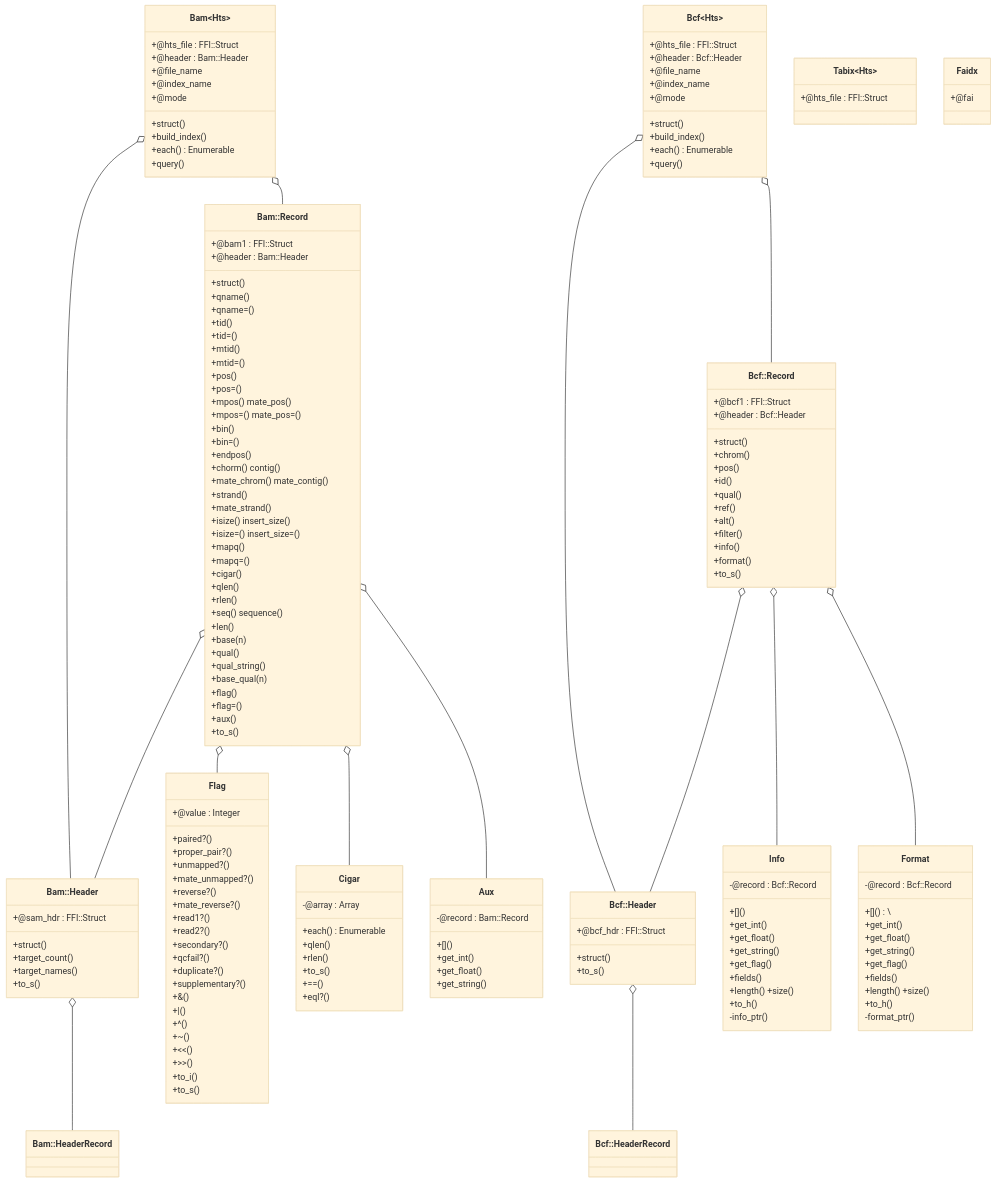
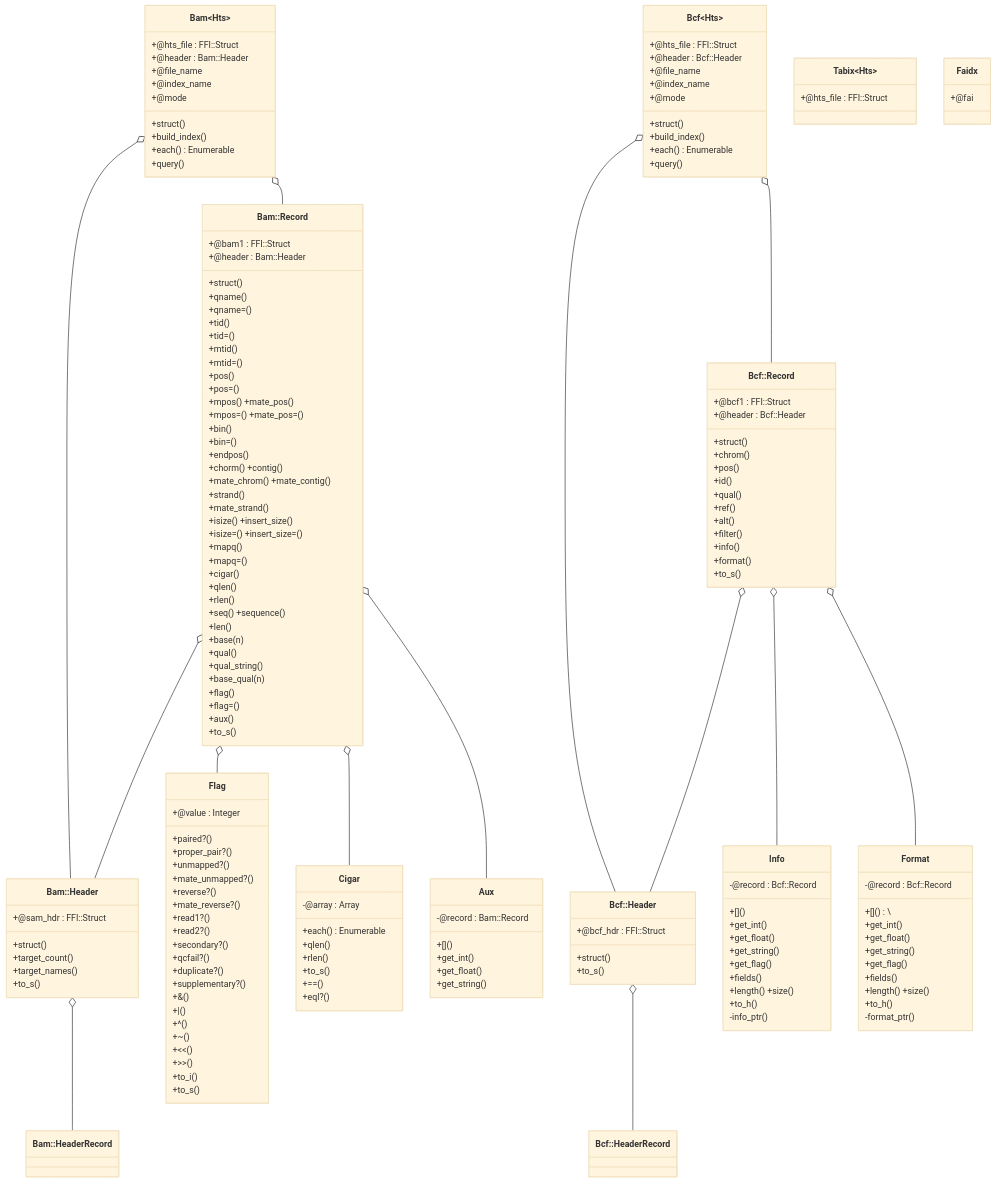
Before and after one commit to kojix2/ruby-htslib: the diagram in TUTORIAL.md, drawn with Mermaid.

```diff
--- a/TUTORIAL.md
+++ b/TUTORIAL.md
@@ -60,23 +60,23 @@
   +mtid=()
   +pos()
   +pos=()
-  +mpos() mate_pos()
-  +mpos=() mate_pos=()
+  +mpos() +mate_pos()
+  +mpos=() +mate_pos=()
   +bin()
   +bin=()
   +endpos()
-  +chorm() contig()
-  +mate_chrom() mate_contig()
+  +chorm() +contig()
+  +mate_chrom() +mate_contig()
   +strand()
   +mate_strand()
-  +isize() insert_size()
-  +isize=() insert_size=()
+  +isize() +insert_size()
+  +isize=() +insert_size=()
   +mapq()
   +mapq=()
   +cigar()
   +qlen()
   +rlen()
-  +seq() sequence()
+  +seq() +sequence()
   +len()
   +base(n)
   +qual()
```
